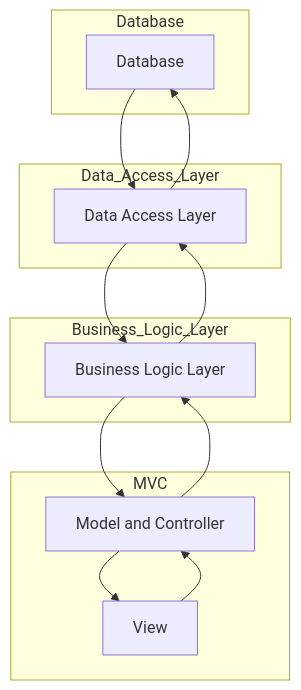
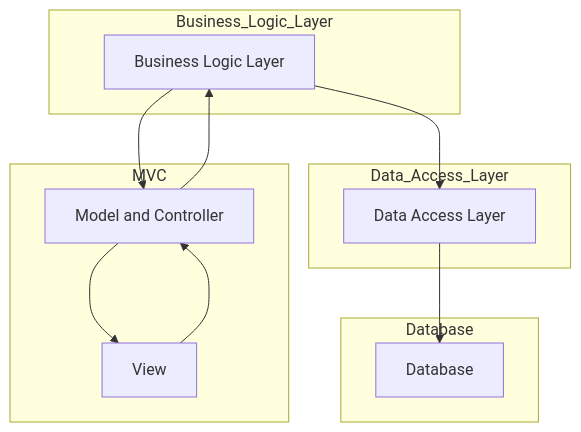
One commit to tamawy/StoreApp changed the second of 2 diagrams in README.md. Above: the diagram before and after it, drawn with Mermaid.

````diff
--- a/README.md
+++ b/README.md
@@ -32,30 +32,28 @@
 ```mermaid
 graph TD
     subgraph Database
         DB[Database]
     end
 
     subgraph Data_Access_Layer
         DAL[Data Access Layer]
     end
 
     subgraph Business_Logic_Layer
         BLL[Business Logic Layer]
     end
 
     subgraph MVC
         MC[Model and Controller]
     end
     subgraph MVC
         V[View]
     end
 
-    DB --> DAL
     DAL --> DB
-    DAL --> BLL
     BLL --> DAL
     BLL --> MC
     MC --> BLL
     V --> MC
     MC --> V
 ```
````
